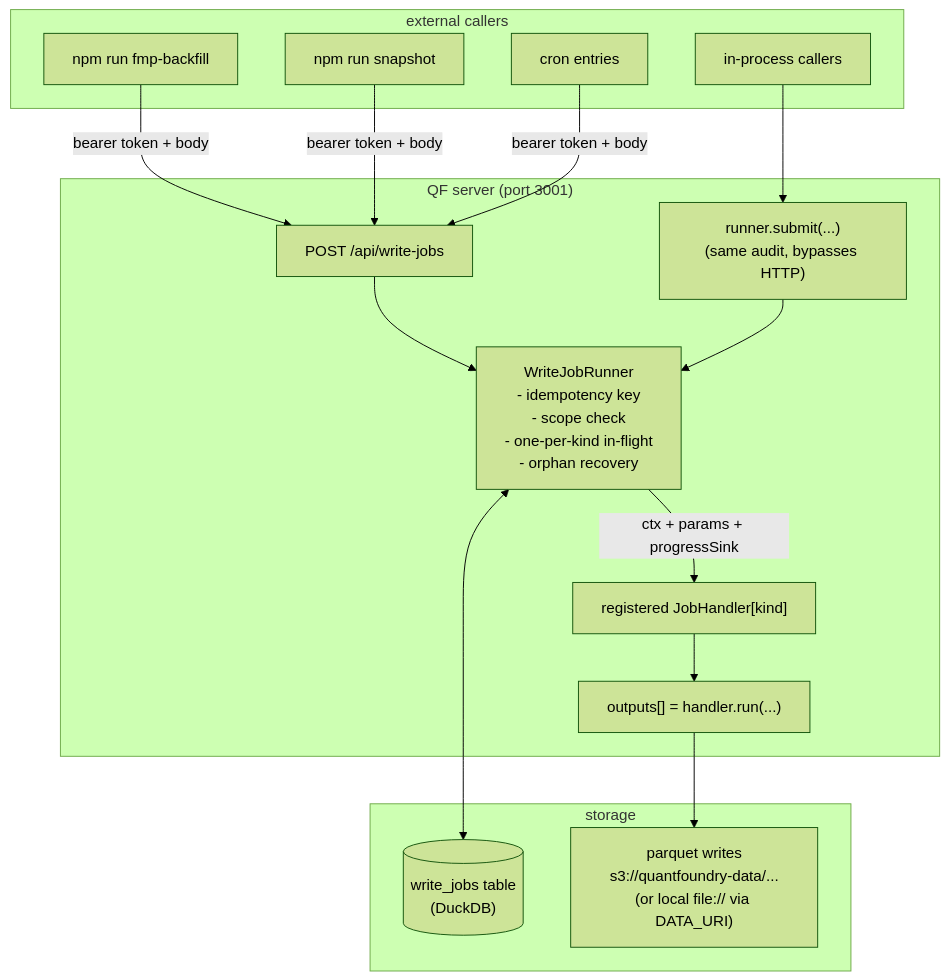
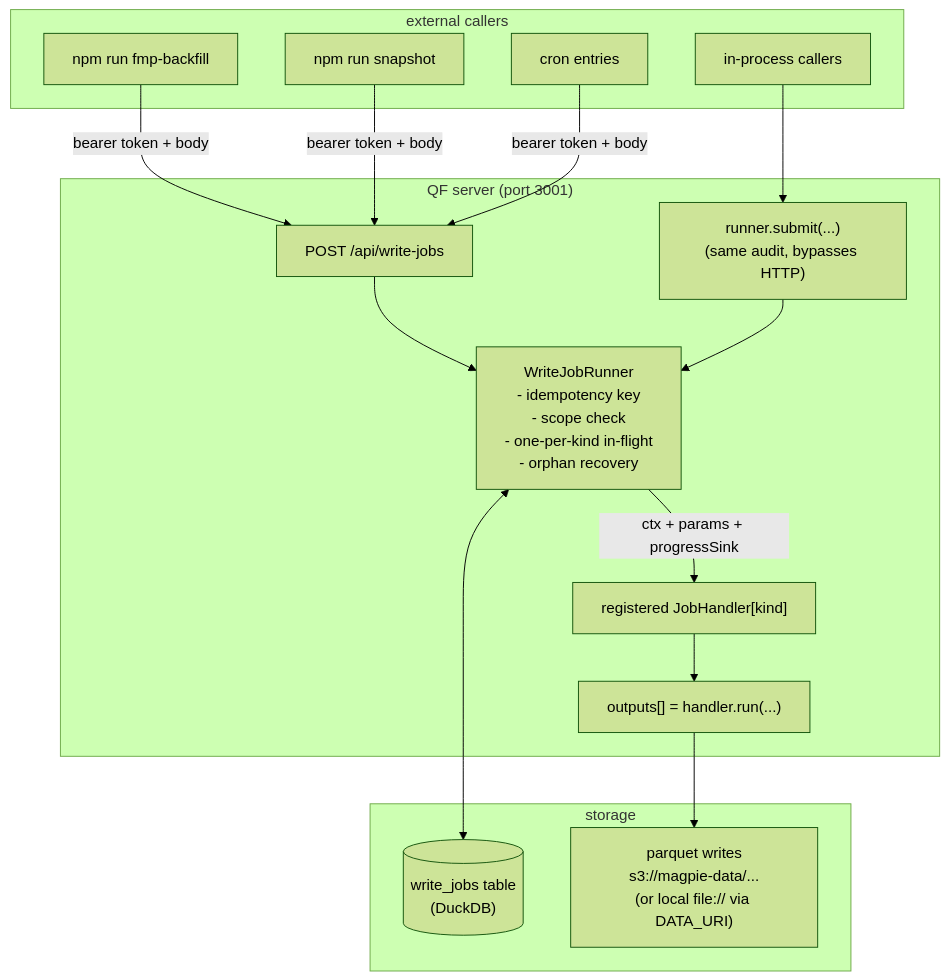
One commit to abwagner/Magpie changed the diagram in docs/tdd/write-jobs.md. Above: the diagram before and after it, drawn with Mermaid (forest theme). The commit also changed other lines of this file and 466 other files, not shown here.

````diff
--- a/docs/tdd/write-jobs.md
+++ b/docs/tdd/write-jobs.md
@@ -16,33 +16,33 @@
 ```mermaid
 flowchart TD
     subgraph external["external callers"]
         fmp["npm run fmp-backfill"]
         snap["npm run snapshot"]
         cron["cron entries"]
         inproc["in-process callers"]
     end
 
     subgraph qf["QF server (port 3001)"]
         post["POST /api/write-jobs"]
         runner["WriteJobRunner<br/>- idempotency key<br/>- scope check<br/>- one-per-kind in-flight<br/>- orphan recovery"]
         handler["registered JobHandler[kind]"]
         outputs["outputs[] = handler.run(...)"]
         submit["runner.submit(...)<br/>(same audit, bypasses HTTP)"]
     end
 
     subgraph storage["storage"]
         db[("write_jobs table<br/>(DuckDB)")]
-        s3["parquet writes<br/>s3://quantfoundry-data/...<br/>(or local file:// via DATA_URI)"]
+        s3["parquet writes<br/>s3://magpie-data/...<br/>(or local file:// via DATA_URI)"]
     end
 
     fmp -->|bearer token + body| post
     snap -->|bearer token + body| post
     cron -->|bearer token + body| post
     post --> runner
     inproc --> submit
     submit --> runner
     runner <--> db
     runner -->|ctx + params + progressSink| handler
     handler --> outputs
     outputs --> s3
 ```
````
